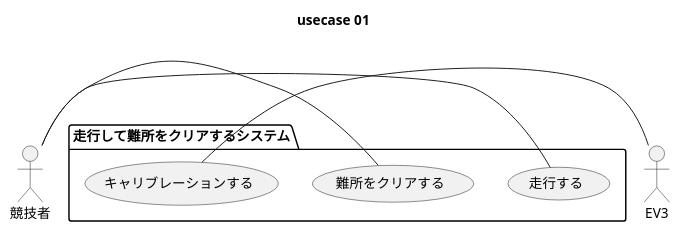
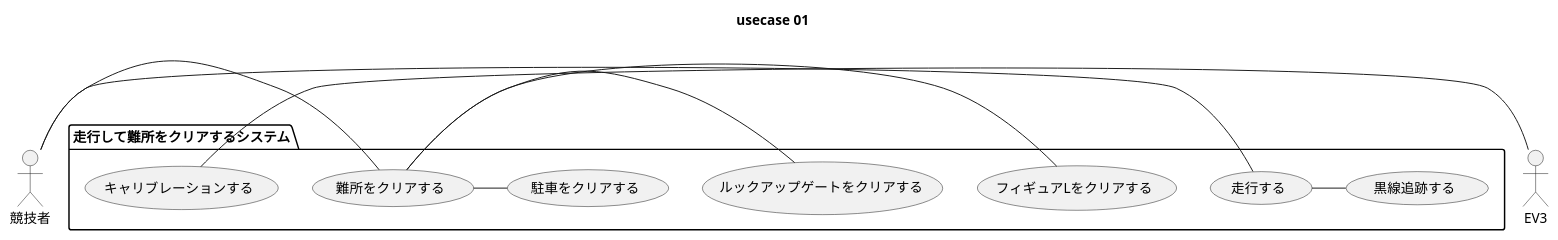
One commit to SLP-KBIT/ETR2015 changed the diagram in diagram/usecase/01/usecase.pu. Above: the diagram before and after it, drawn with PlantUML. The commit also changed 2 other files, not shown here.

Commit message:
(kattsun:usecase:01) ユースケースシナリオを追加

```diff
--- a/diagram/usecase/01/usecase.pu
+++ b/diagram/usecase/01/usecase.pu
@@ -1,20 +1,27 @@
 @startuml
 
 title usecase 01
 
 actor 競技者 as user
 actor EV3 as robo
 
 package "走行して難所をクリアするシステム" {
     
     usecase 走行する as run
     usecase 難所をクリアする as obs
     usecase キャリブレーションする as calib
-
+    usecase 黒線追跡する as black
+    usecase フィギュアLをクリアする as figy
+    usecase ルックアップゲートをクリアする as gate
+    usecase 駐車をクリアする as park
 }
 
 user - run
 user - obs
 robo - calib
+run - black <<include>>
+obs - figy <<include>>
+obs - gate <<include>>
+obs - park <<include>>
 
 @enduml
```
